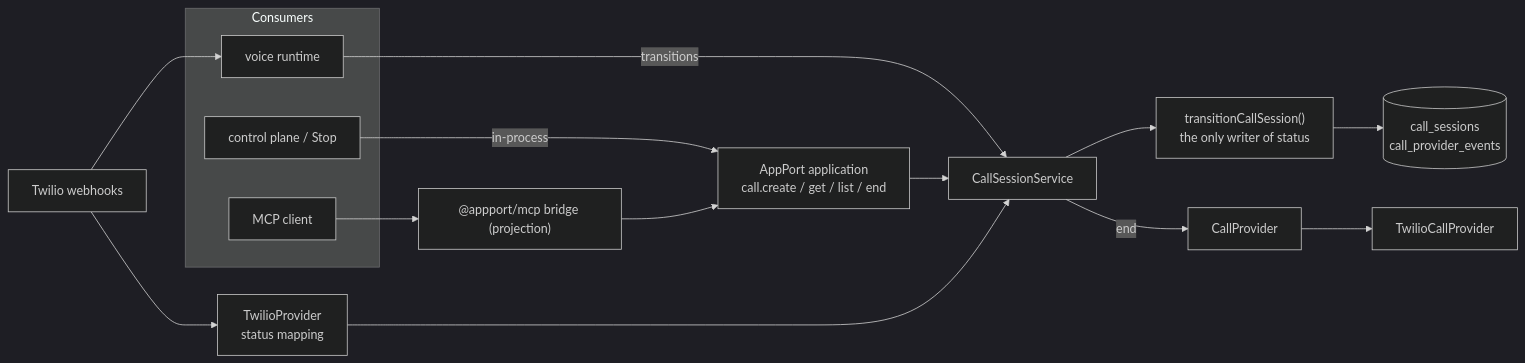
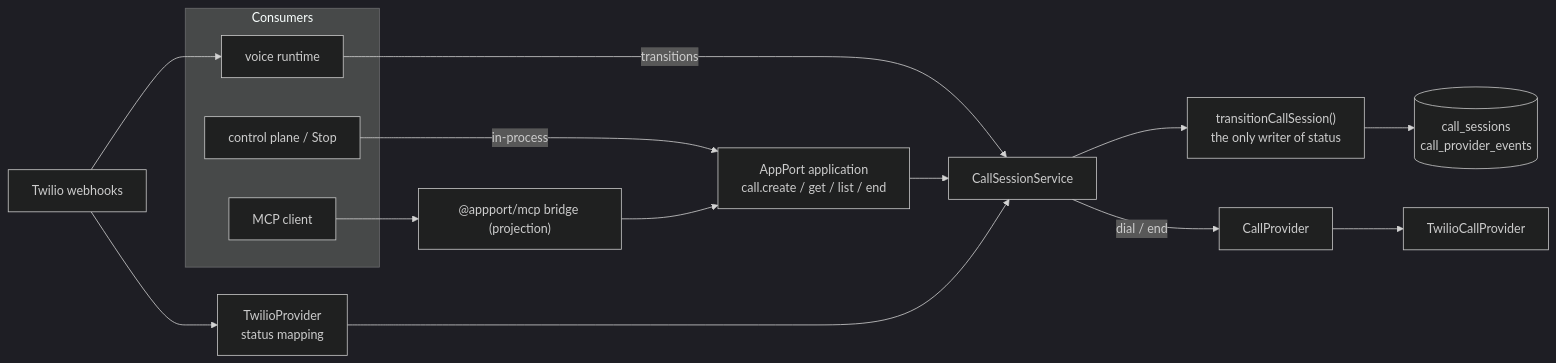
The first of 3 diagrams in docs/call-session.md (rkendel1/text-me), drawn with Mermaid (dark theme) before and after one commit. The commit also changed other lines of this file and 28 other files, not shown here.

````diff
--- a/docs/call-session.md
+++ b/docs/call-session.md
@@ -14,18 +14,18 @@
 ```mermaid
 flowchart LR
   subgraph Consumers
     WEB[control plane / Stop]
     VR[voice runtime]
     MCPC[MCP client]
   end
   WEB -->|in-process| APP
   VR -->|transitions| SVC
   MCPC --> MCP["@appport/mcp bridge (projection)"] --> APP
   APP["AppPort application<br/>call.create / get / list / end"] --> SVC[CallSessionService]
   SVC --> TR["transitionCallSession()<br/>the only writer of status"]
   TR --> DB[("call_sessions<br/>call_provider_events")]
-  SVC -->|end| CP[CallProvider]
+  SVC -->|dial / end| CP[CallProvider]
   CP --> TW[TwilioCallProvider]
   TWH[Twilio webhooks] --> ADAPT["TwilioProvider<br/>status mapping"] --> SVC
   TWH --> VR
 ```
````
